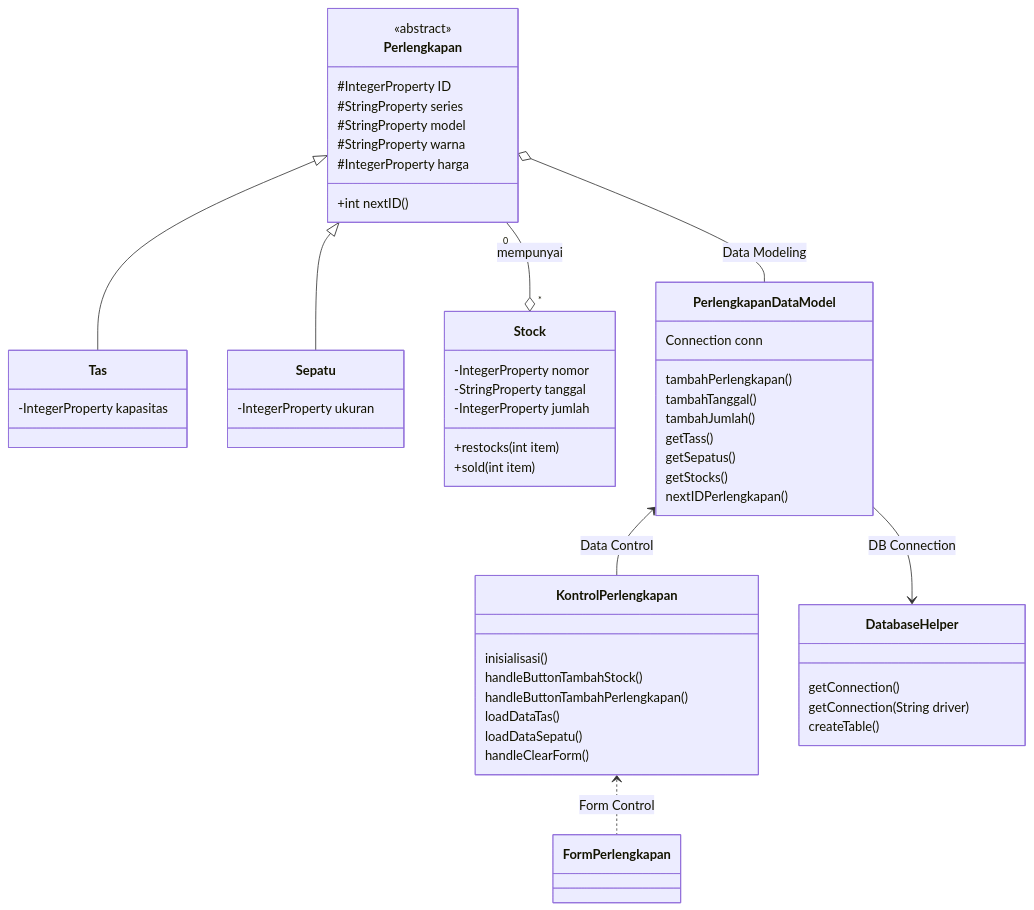
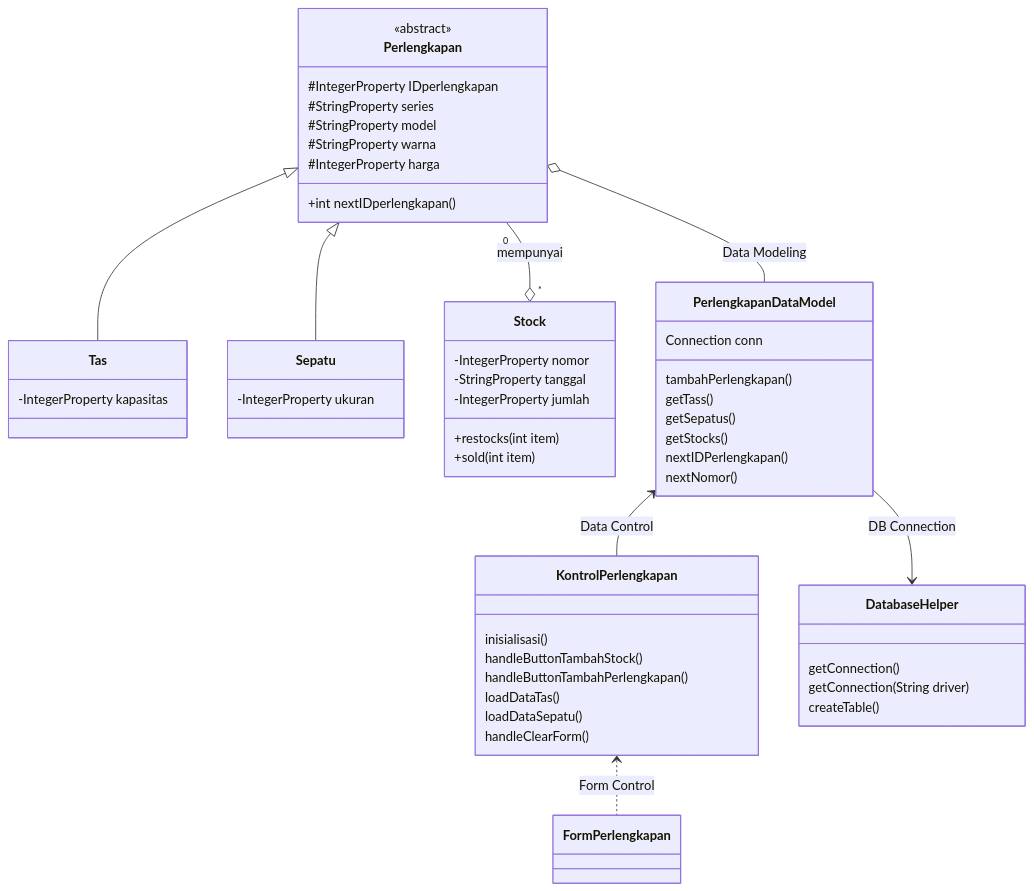
The third of 3 diagrams in README.md (achieto/Tugas-PBO), drawn with Mermaid before and after one commit.

````diff
--- a/README.md
+++ b/README.md
@@ -61,59 +61,58 @@
 ```mermaid
 classDiagram
       Perlengkapan <|-- Tas
       Perlengkapan <|-- Sepatu
       Perlengkapan "0"--o"*" Stock : mempunyai
       Perlengkapan o-- PerlengkapanDataModel : Data Modeling
       PerlengkapanDataModel <-- KontrolPerlengkapan : Data Control
       PerlengkapanDataModel --> DatabaseHelper : DB Connection
       KontrolPerlengkapan <.. FormPerlengkapan : Form Control
 
       class Perlengkapan{
         <<abstract>>
-        #IntegerProperty ID
+        #IntegerProperty IDperlengkapan
         #StringProperty series
         #StringProperty model
         #StringProperty warna
         #IntegerProperty harga
-        +int nextID()
+        +int nextIDperlengkapan()
       }
       
       class Tas{
         -IntegerProperty kapasitas
       }
       class Sepatu{
         -IntegerProperty ukuran
       }
       class Stock{
         -IntegerProperty nomor
         -StringProperty tanggal
         -IntegerProperty jumlah
         +restocks(int item)
         +sold(int item)
       }
       class PerlengkapanDataModel{
         Connection conn
         tambahPerlengkapan()
-        tambahTanggal()
-        tambahJumlah()
         getTass()
         getSepatus()
         getStocks()
         nextIDPerlengkapan()
+        nextNomor()
       }
       class KontrolPerlengkapan{
         inisialisasi()
         handleButtonTambahStock()
         handleButtonTambahPerlengkapan()
         loadDataTas()
         loadDataSepatu()
         handleClearForm()
       }
       class DatabaseHelper{
         getConnection()
         getConnection(String driver)
         createTable()
       }
       class FormPerlengkapan{
       }
 ```
````
